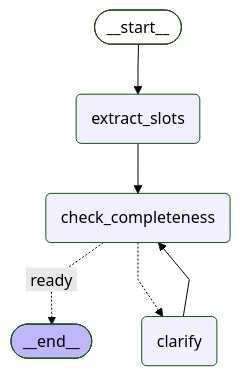
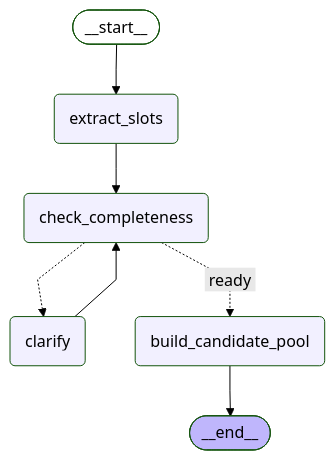
One commit to ChenSir-sudo/ai-trip-pilot changed the diagram in docs/graph.md. Above: the diagram before and after it, drawn with Mermaid (forest theme). The commit also changed other lines of this file and 2 other files, not shown here.

First line of the commit message:
feat(graph): report how many places each category returned

````diff
--- a/docs/graph.md
+++ b/docs/graph.md
@@ -17,21 +17,23 @@
 ```mermaid
 ---
 config:
   flowchart:
     curve: linear
 ---
 graph TD;
 	__start__([<p>__start__</p>]):::first
 	extract_slots(extract_slots)
 	check_completeness(check_completeness)
 	clarify(clarify)
+	build_candidate_pool(build_candidate_pool)
 	__end__([<p>__end__</p>]):::last
 	__start__ --> extract_slots;
-	check_completeness -. &nbsp;ready&nbsp; .-> __end__;
+	check_completeness -. &nbsp;ready&nbsp; .-> build_candidate_pool;
 	check_completeness -.-> clarify;
 	clarify --> check_completeness;
 	extract_slots --> check_completeness;
+	build_candidate_pool --> __end__;
 	classDef default fill:#f2f0ff,line-height:1.2
 	classDef first fill-opacity:0
 	classDef last fill:#bfb6fc
 ```
````
